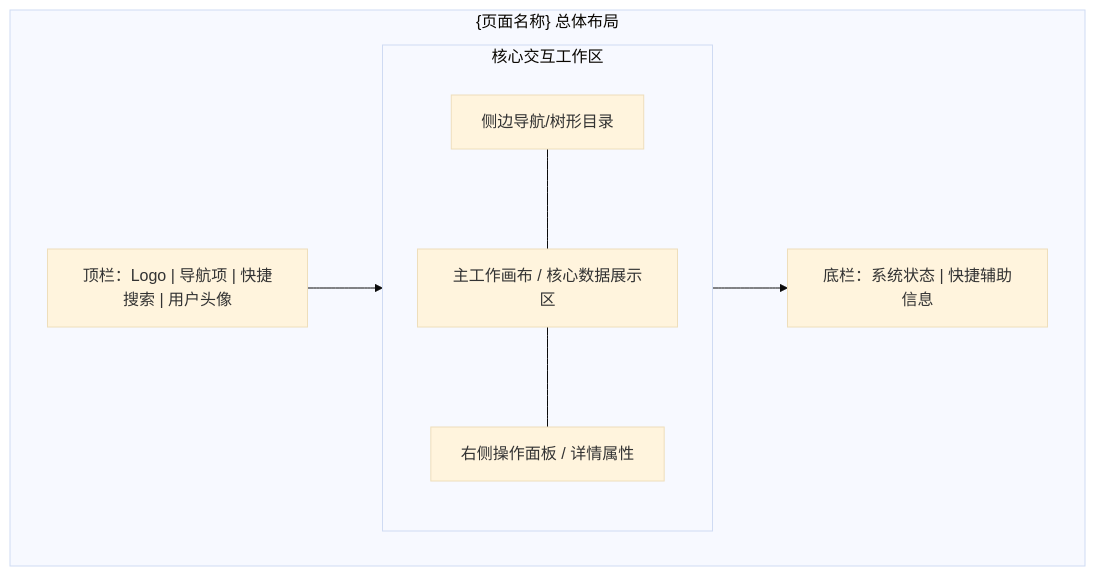
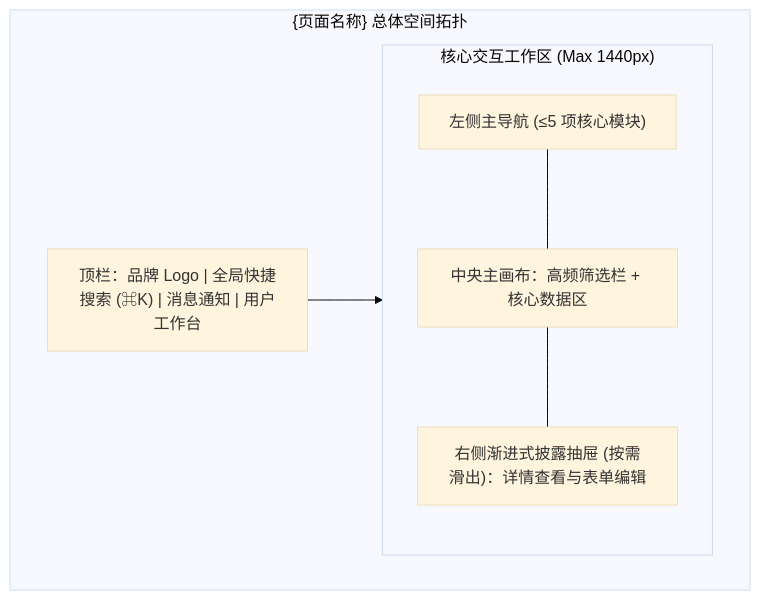
The first of 5 diagrams in resources/templates/product_design/prototype_template.md (zhaoxuan-inside/hs-dev-skill), drawn with Mermaid (base theme) before and after one commit. The commit also changed other lines of this file and 10 other files, not shown here.

Commit message:
feat(product-design): upgrade stage-0 product discovery, UX laws, dual-track ASCII+Mermaid prototypes, and Gherkin DoD (v2.25)

````diff
--- a/resources/templates/product_design/prototype_template.md
+++ b/resources/templates/product_design/prototype_template.md
@@ -83,14 +95,13 @@
 ```mermaid
 flowchart TB
-  subgraph PageShell["{页面名称} 总体布局"]
-    Header["顶栏：Logo | 导航项 | 快捷搜索 | 用户头像"]
-    subgraph BodyArea["核心交互工作区"]
-      Sidebar["侧边导航/树形目录"]
-      MainContent["主工作画布 / 核心数据展示区"]
-      SideInspector["右侧操作面板 / 详情属性"]
+  subgraph PageShell["{页面名称} 总体空间拓扑"]
+    Header["顶栏：品牌 Logo | 全局快捷搜索 (⌘K) | 消息通知 | 用户工作台"]
+    subgraph BodyArea["核心交互工作区 (Max 1440px)"]
+      Sidebar["左侧主导航 (≤5 项核心模块)"]
+      MainContent["中央主画布：高频筛选栏 + 核心数据区"]
+      SideInspector["右侧渐进式披露抽屉 (按需滑出)：详情查看与表单编辑"]
     end
-    Footer["底栏：系统状态 | 快捷辅助信息"]
-    Header --> BodyArea --> Footer
+    Header --> BodyArea
     Sidebar --- MainContent --- SideInspector
   end
 ```
````
